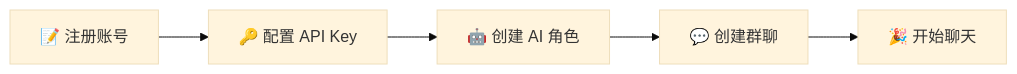
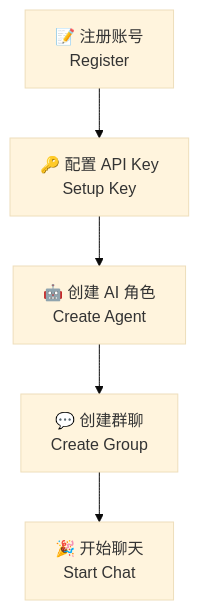
Before and after one commit to ShuAICFR/AIsChat: the first of 9 diagrams in docs/用户手册.md, drawn with Mermaid (base theme). The commit also changed other lines of this file and 2 other files, not shown here.

Commit message:
📊 文档修复：Mermaid解析错误、横向图折叠、目录美化、独立协议项目链接

````diff
--- a/docs/用户手册.md
+++ b/docs/用户手册.md
@@ -64,7 +79,7 @@
 ```mermaid
-flowchart LR
-    A[📝 注册账号] --> B[🔑 配置 API Key]
-    B --> C[🤖 创建 AI 角色]
-    C --> D[💬 创建群聊]
-    D --> E[🎉 开始聊天]
+flowchart TD
+    A[📝 注册账号<br/>Register] --> B[🔑 配置 API Key<br/>Setup Key]
+    B --> C[🤖 创建 AI 角色<br/>Create Agent]
+    C --> D[💬 创建群聊<br/>Create Group]
+    D --> E[🎉 开始聊天<br/>Start Chat]
 ```
````
